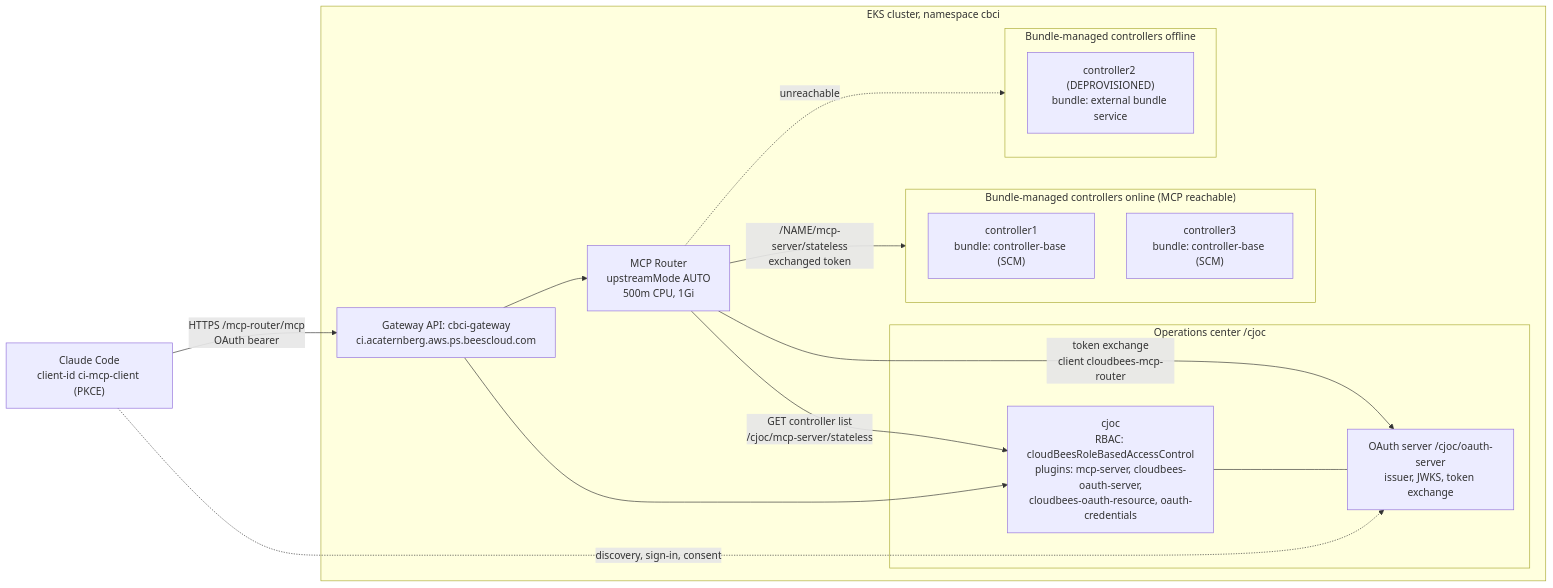
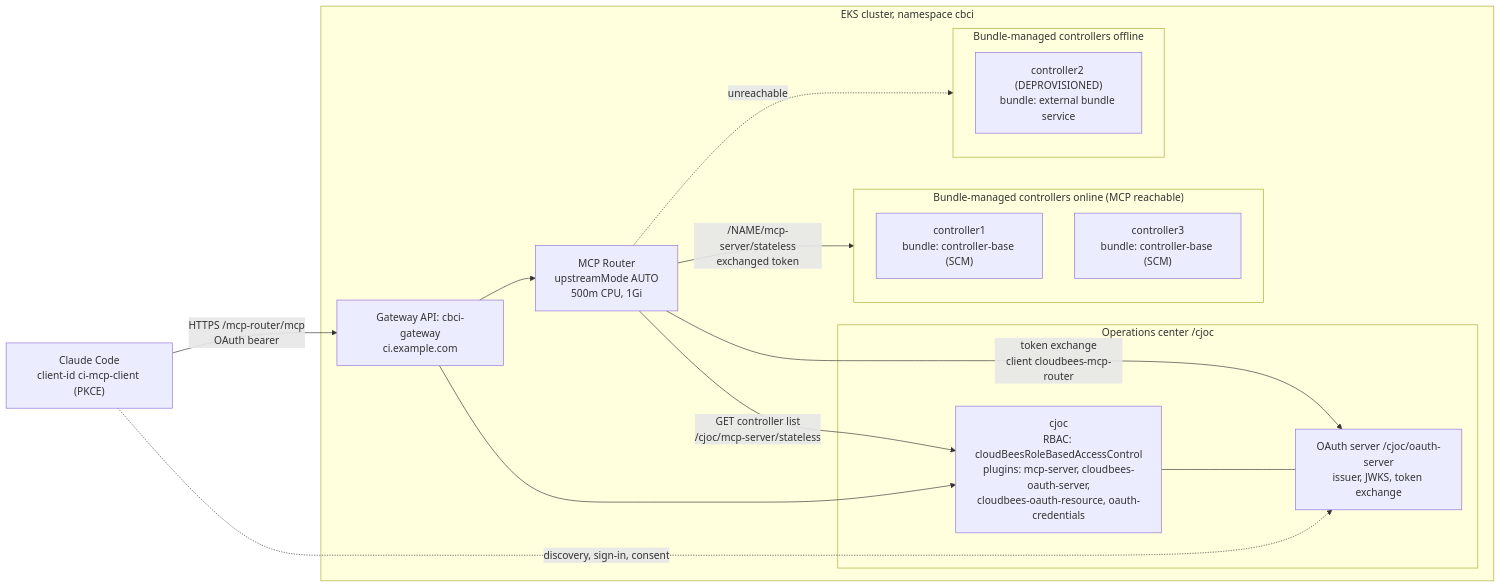
The third of 4 diagrams in MCP.md (cb-ci/ci-gateway-api), drawn with Mermaid before and after one commit. The commit also changed other lines of this file and 2 other files, not shown here.

````diff
--- a/MCP.md
+++ b/MCP.md
@@ -159,33 +159,33 @@
 ```mermaid
 flowchart LR
     Agent["Claude Code<br/>client-id ci-mcp-client (PKCE)"]
 
     subgraph EKS["EKS cluster, namespace cbci"]
-        GW["Gateway API: cbci-gateway<br/>ci.acaternberg.aws.ps.beescloud.com"]
+        GW["Gateway API: cbci-gateway<br/>ci.example.com"]
         R["MCP Router<br/>upstreamMode AUTO<br/>500m CPU, 1Gi"]
 
         subgraph OCS["Operations center /cjoc"]
             OC["cjoc<br/>RBAC: cloudBeesRoleBasedAccessControl<br/>plugins: mcp-server, cloudbees-oauth-server,<br/>cloudbees-oauth-resource, oauth-credentials"]
             AS["OAuth server /cjoc/oauth-server<br/>issuer, JWKS, token exchange"]
         end
 
         subgraph ON["Bundle-managed controllers online (MCP reachable)"]
             C1["controller1<br/>bundle: controller-base (SCM)"]
             C3["controller3<br/>bundle: controller-base (SCM)"]
         end
 
         subgraph OFF["Bundle-managed controllers offline"]
             C2["controller2 (DEPROVISIONED)<br/>bundle: external bundle service"]
         end
     end
 
     Agent -->|"HTTPS /mcp-router/mcp<br/>OAuth bearer"| GW
     Agent -.->|"discovery, sign-in, consent"| AS
     GW --> R
     GW --> OC
     OC --- AS
     R -->|"GET controller list<br/>/cjoc/mcp-server/stateless"| OC
     R -->|"token exchange<br/>client cloudbees-mcp-router"| AS
     R -->|"/NAME/mcp-server/stateless<br/>exchanged token"| ON
     R -.->|"unreachable"| OFF
 ```
````
